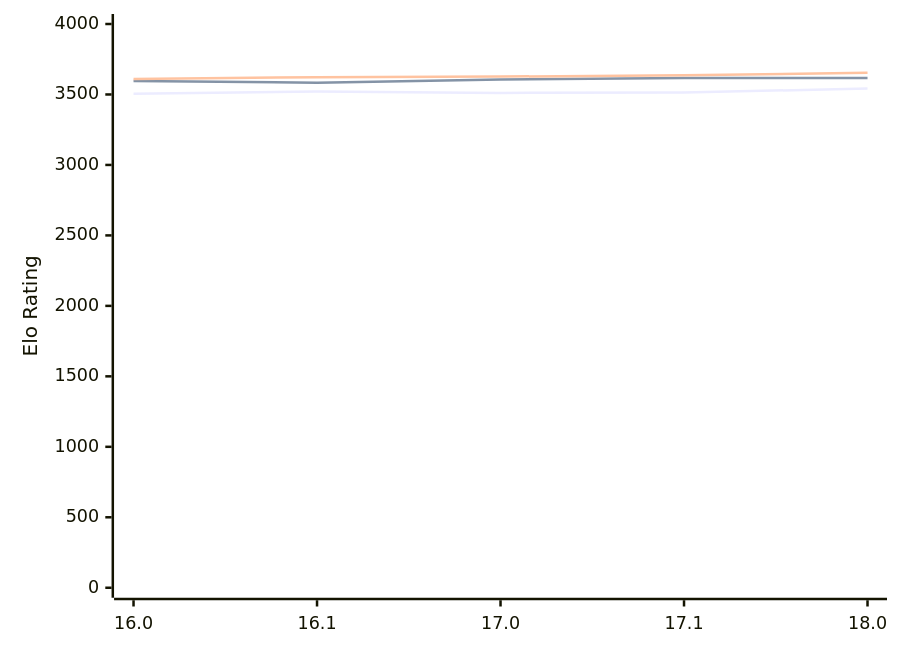
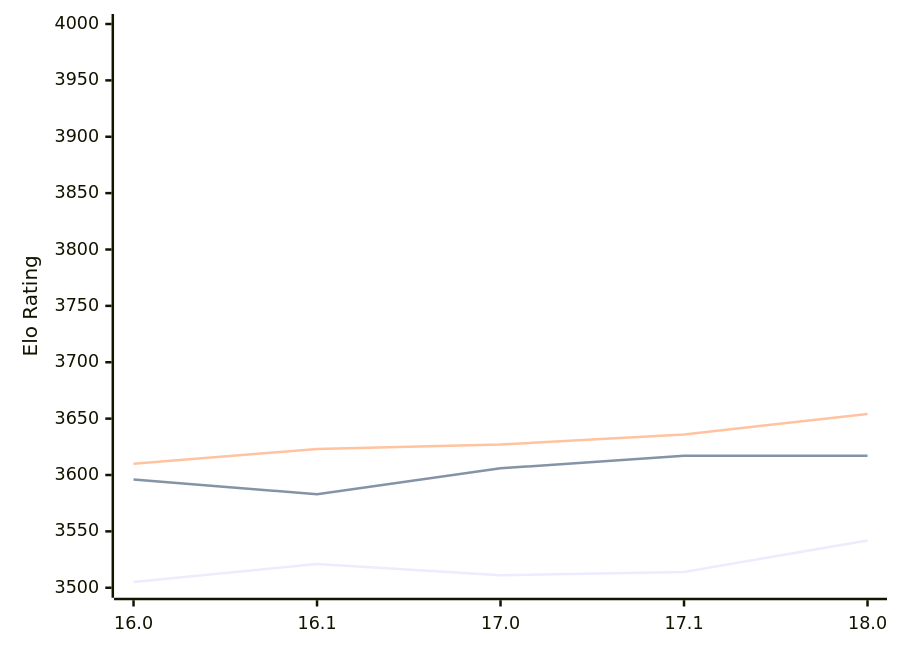
One commit to computer-chess-index/cci changed the diagram in engines/Stockfish.md. Above: the diagram before and after it, drawn with Mermaid. The commit also changed other lines of this file, not shown here.

Commit message:
Update CCI Ratings (ELO VLTC) - 2026-02-10

````diff
--- a/engines/Stockfish.md
+++ b/engines/Stockfish.md
@@ -43,9 +43,9 @@
 ```mermaid
 %%{init: {"theme":"base","themeVariables":{"seriesColors:['#a3a3a3','#222221','#faa371']}}}%%
 xychart-beta
   x-axis ["16.0", "16.1", "17.0", "17.1", "18.0"]
-  y-axis "Elo Rating" 0 --> 4000
+  y-axis "Elo Rating" 3500 --> 4000
   line "STC (8.0+0.08s)" [3505, 3521, 3511, 3514, 3542]
   line "LTC (60.0+0.60s)" [3596, 3583, 3606, 3617, 3617]
   line "VLTC (2m24s+1.12s)" [3610, 3623, 3627, 3636, 3654]
 ```
````
